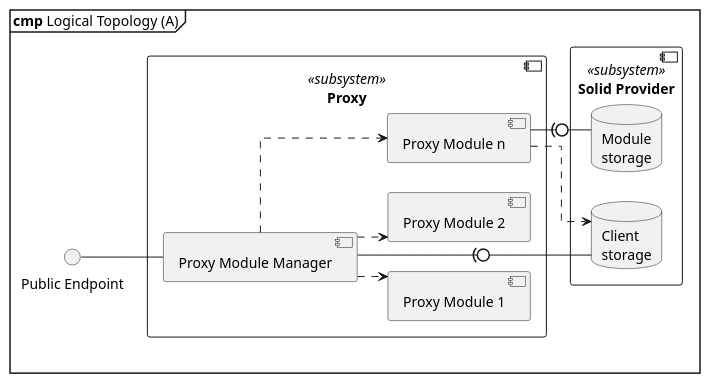
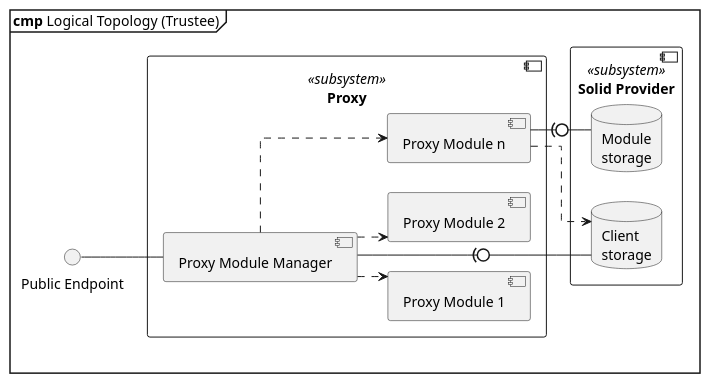
One commit to guddii/SEACT changed the diagram in docs/resources/diagrams/cmp_Logical_Topology_A.puml. Above: the diagram before and after it, drawn with PlantUML. The commit also changed 7557 other files, not shown here.

```diff
--- a/docs/resources/diagrams/cmp_Logical_Topology_A.puml
+++ b/docs/resources/diagrams/cmp_Logical_Topology_A.puml
@@ -1,25 +1,25 @@
 @startuml Logical_Topology_A
 left to right direction
 skinparam linetype ortho
 skinparam nodesep 30
 skinparam ranksep 30
-mainframe **cmp** Logical Topology (A)
+mainframe **cmp** Logical Topology (Trustee)
 interface "Public Endpoint" as PE
 component "Proxy" as proxy <<subsystem>>{
     component "Proxy Module Manager" as MM
     component "Proxy Module 1" as M1
     component "Proxy Module 2" as M2
     component "Proxy Module n" as MN
 }
 component "Solid Provider" as P <<subsystem>>{
     database "Client\nstorage" as CU
     database "Module\nstorage" as SM
 }
 PE -- MM
 MM ..> M1
 MM ..> M2
 MM ..> MN
 MM -(0- CU
 MN -(0- SM
 MN ..> CU
 @enduml
```
